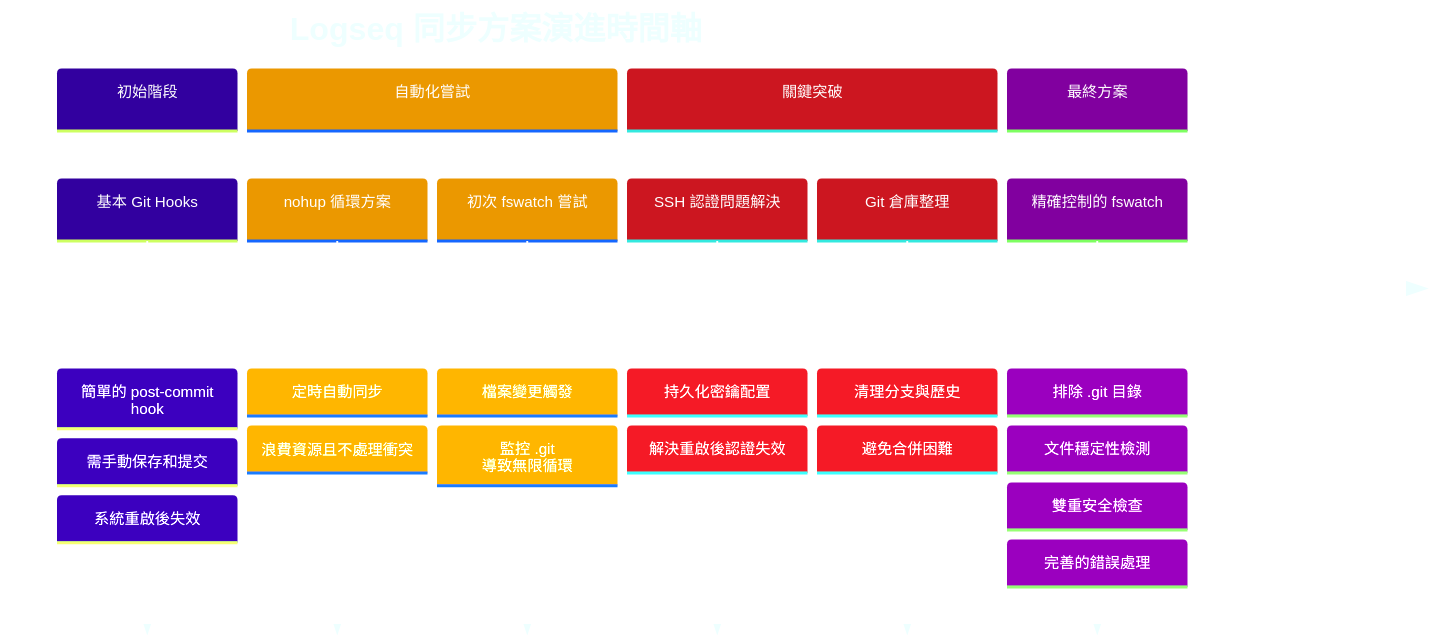
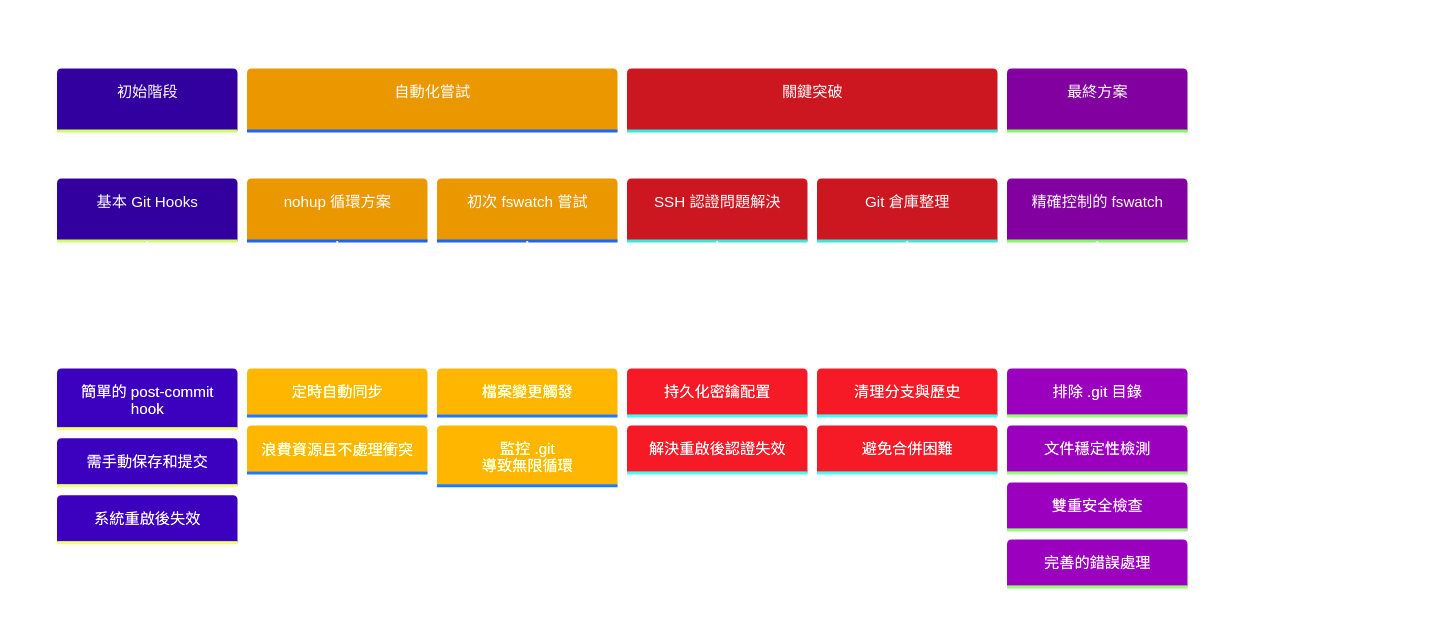
One commit to GengGeng026/Sync-Logseq changed the first of 2 diagrams in Logseq同步方案演進記錄.md. Above: the diagram before and after it, drawn with Mermaid.

Commit message:
Auto-sync: Wed Mar 26 09:33:21 +08 2025

````diff
--- a/Logseq同步方案演進記錄.md
+++ b/Logseq同步方案演進記錄.md
@@ -24,41 +24,41 @@
 ```mermaid
 %%{init: {
   'theme': 'base', 
   'themeVariables': {
     'primaryColor': '#651FFF',
     'primaryTextColor': '#FFFFFF',
     'primaryBorderColor': '#59B79A',
     'lineColor': '#C792EA',
     'secondaryColor': '#FFCB6B',
     'tertiaryColor': '#F07178',
     'background': 'transparent',
-    'textColor': '#EEFFFF',
+    'textColor': '#FFFFFF',
     'mainBkg': '#273747',
     'nodeBorder': '#59B79A',
     'clusterBkg': 'transparent',
     'edgeLabelBackground': '#21252B'
   }
 }}%%
 
 timeline
     title Logseq 同步方案演進時間軸
     section 初始階段
         基本 Git Hooks : 簡單的 post-commit hook
         : 需手動保存和提交
         : 系統重啟後失效
     section 自動化嘗試
         nohup 循環方案 : 定時自動同步
         : 浪費資源且不處理衝突
         初次 fswatch 嘗試 : 檔案變更觸發
         : 監控 .git 導致無限循環
     section 關鍵突破
         SSH 認證問題解決 : 持久化密鑰配置
         : 解決重啟後認證失效
         Git 倉庫整理 : 清理分支與歷史
         : 避免合併困難
     section 最終方案
         精確控制的 fswatch : 排除 .git 目錄
         : 文件穩定性檢測
         : 雙重安全檢查
         : 完善的錯誤處理
 ```
````
